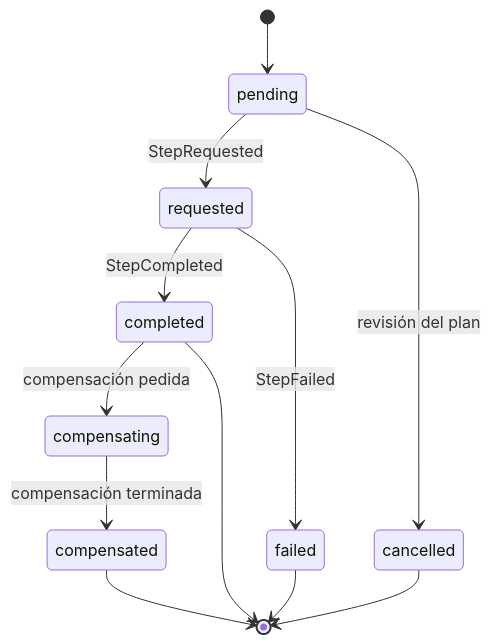
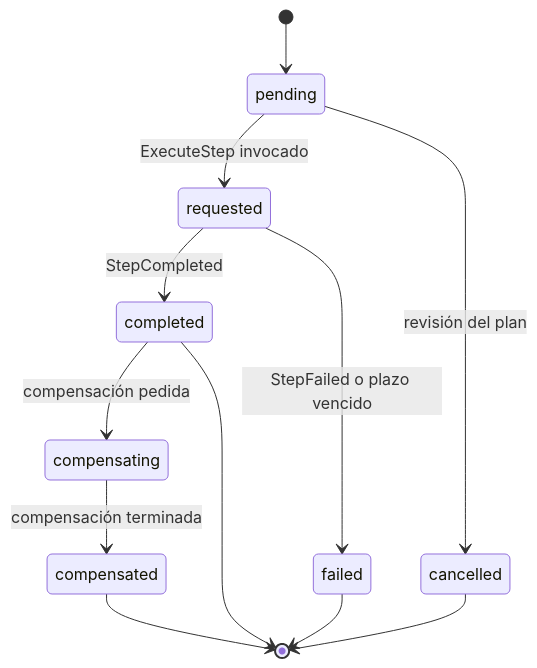
One commit to whinedo/eda-retail changed the second of 6 diagrams in docs/guia-poc-eda-incidencias.md. Above: the diagram before and after it, drawn with Mermaid. The commit also changed other lines of this file and 16 other files, not shown here.

````diff
--- a/docs/guia-poc-eda-incidencias.md
+++ b/docs/guia-poc-eda-incidencias.md
@@ -365,14 +428,14 @@
 ```mermaid
 stateDiagram-v2
   [*] --> pending
-  pending --> requested: StepRequested
+  pending --> requested: ExecuteStep invocado
   pending --> cancelled: revisión del plan
   requested --> completed: StepCompleted
-  requested --> failed: StepFailed
+  requested --> failed: StepFailed o plazo vencido
   completed --> compensating: compensación pedida
   compensating --> compensated: compensación terminada
   compensated --> [*]
   completed --> [*]
   failed --> [*]
   cancelled --> [*]
 ```
````
